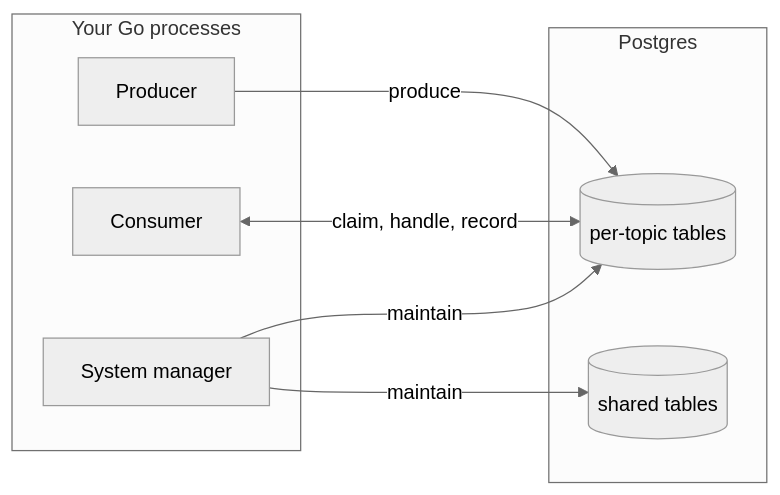
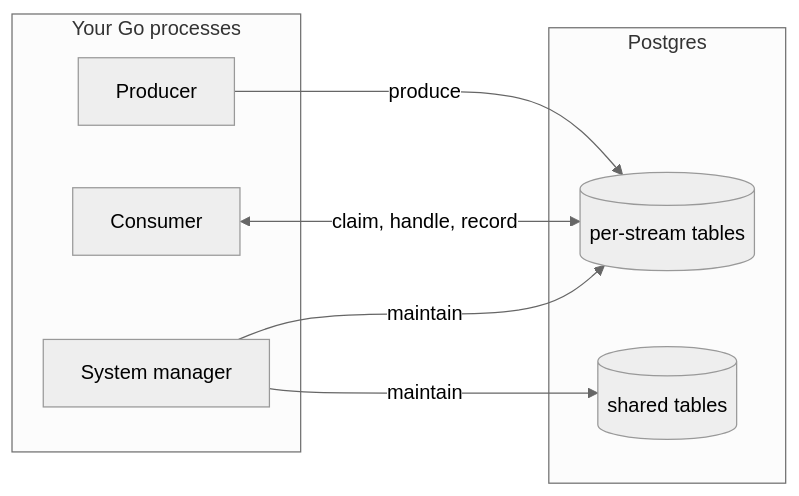
Before and after one commit to agentstax/sqlstreams: the diagram in ARCHITECTURE.md, drawn with Mermaid (neutral theme). The commit also changed other lines of this file and 1211 other files, not shown here.

````diff
--- a/ARCHITECTURE.md
+++ b/ARCHITECTURE.md
@@ -15,16 +15,16 @@
 ```mermaid
 flowchart LR
     subgraph app [Your Go processes]
         P[Producer]
         C[Consumer]
         M[System manager]
     end
     subgraph pg [Postgres]
         S[(shared tables)]
-        T[(per-topic tables)]
+        T[(per-stream tables)]
     end
     P -- produce --> T
     C <-- "claim, handle, record" --> T
     M -- maintain --> T
     M -- maintain --> S
 ```
````
